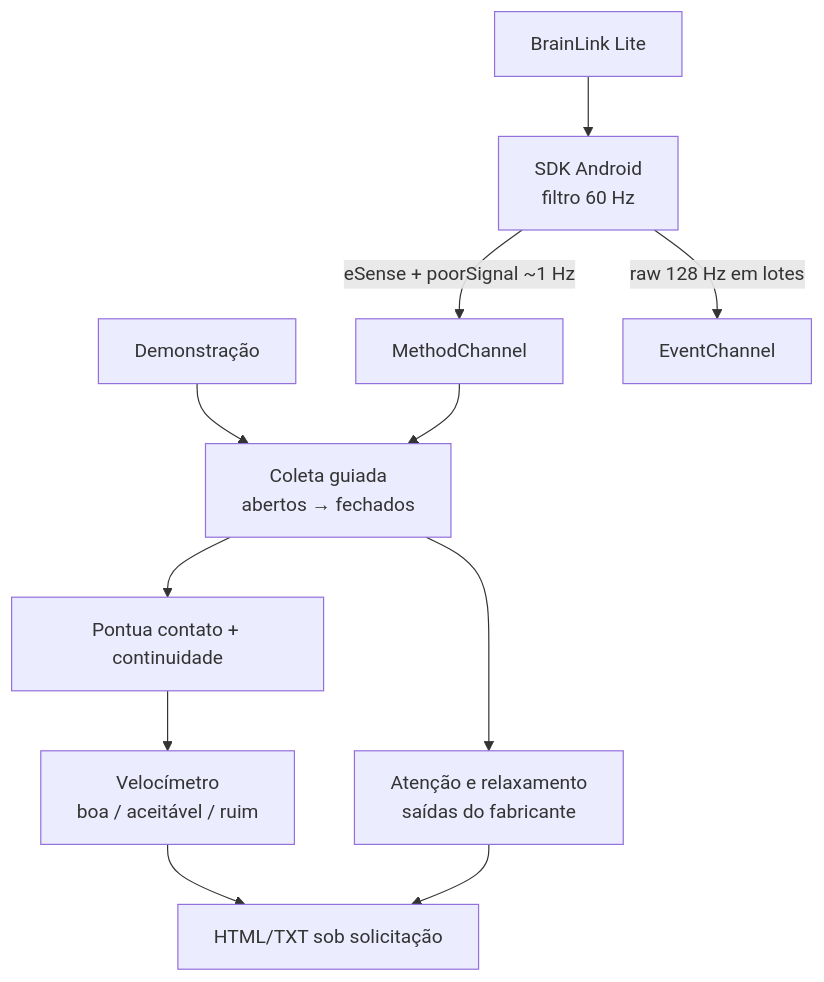
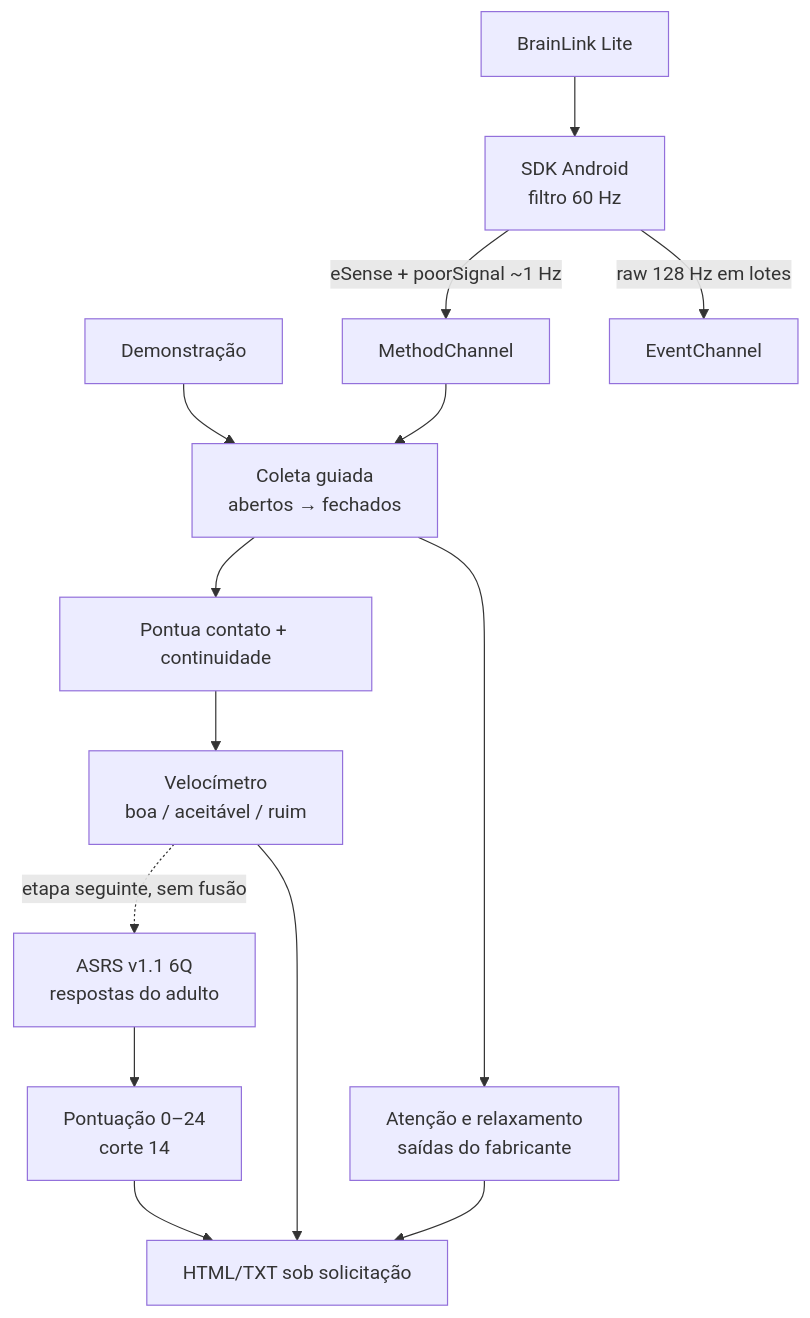
Before and after one commit to gustavoobezerra/App_Brainlink: the diagram in vault/40-projeto/fluxo-de-dados.md, drawn with Mermaid. The commit also changed other lines of this file and 15 other files, not shown here.

````diff
--- a/vault/40-projeto/fluxo-de-dados.md
+++ b/vault/40-projeto/fluxo-de-dados.md
@@ -10,13 +10,16 @@
 ```mermaid
 flowchart TD
     A["Demonstração"] --> E["Coleta guiada<br/>abertos → fechados"]
     B["BrainLink Lite"] --> C["SDK Android<br/>filtro 60 Hz"]
     C -->|"eSense + poorSignal ~1 Hz"| D["MethodChannel"]
     C -->|"raw 128 Hz em lotes"| R["EventChannel"]
     D --> E
     E --> F["Pontua contato + continuidade"]
     F --> G["Velocímetro<br/>boa / aceitável / ruim"]
     E --> H["Atenção e relaxamento<br/>saídas do fabricante"]
+    G -. "etapa seguinte, sem fusão" .-> Q["ASRS v1.1 6Q<br/>respostas do adulto"]
+    Q --> S["Pontuação 0–24<br/>corte 14"]
     G --> I["HTML/TXT sob solicitação"]
     H --> I
+    S --> I
 ```
````
